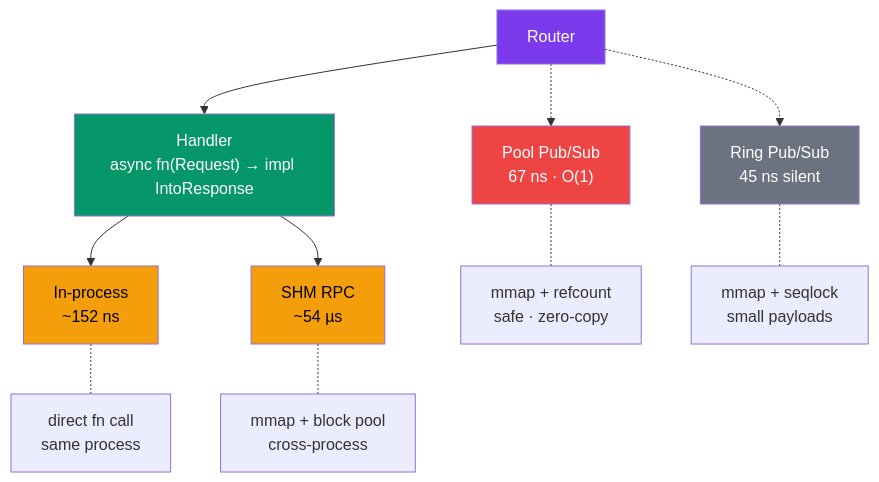
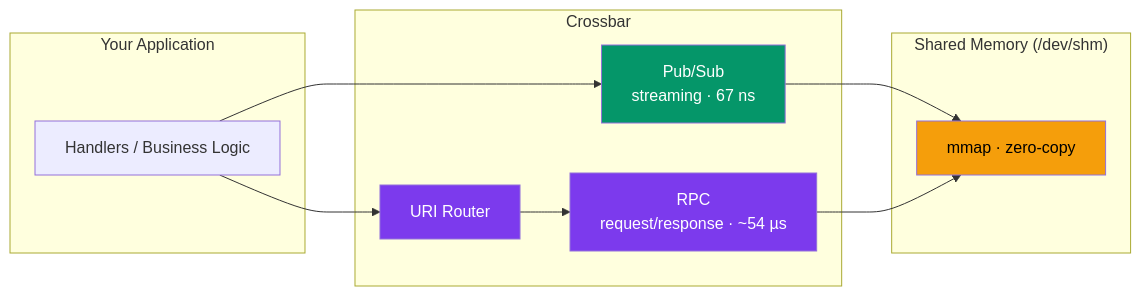
One commit to userFRM/crossbar changed the first of 3 diagrams in README.md. Above: the diagram before and after it, drawn with Mermaid. The commit also changed other lines of this file and 9 other files, not shown here.

````diff
--- a/README.md
+++ b/README.md
@@ -80,22 +15,27 @@
 ```mermaid
-graph TD
-    R["Router"] --> H["Handler<br>async fn(Request) → impl IntoResponse"]
+graph LR
+    subgraph "Your Application"
+        H["Handlers / Business Logic"]
+    end
 
-    H --> M["In-process<br>~152 ns"]
-    H --> SHM["SHM RPC<br>~54 µs"]
+    subgraph "Crossbar"
+        PS["Pub/Sub<br/>streaming · 67 ns"]
+        RPC["RPC<br/>request/response · ~54 µs"]
+        R["URI Router"]
+    end
 
-    R -.-> PP["Pool Pub/Sub<br>67 ns · O(1)"]
-    R -.-> PS["Ring Pub/Sub<br>45 ns silent"]
+    H --> PS
+    H --> R --> RPC
 
-    M -.- MP["direct fn call<br>same process"]
-    SHM -.- SP["mmap + block pool<br>cross-process"]
-    PP -.- PPP["mmap + refcount<br>safe · zero-copy"]
-    PS -.- PSP["mmap + seqlock<br>small payloads"]
+    subgraph "Shared Memory (/dev/shm)"
+        SHM["mmap · zero-copy"]
+    end
 
+    PS --> SHM
+    RPC --> SHM
+
+    style PS fill:#059669,color:#fff
+    style RPC fill:#7c3aed,color:#fff
     style R fill:#7c3aed,color:#fff
-    style H fill:#059669,color:#fff
-    style M fill:#f59e0b,color:#000
     style SHM fill:#f59e0b,color:#000
-    style PP fill:#ef4444,color:#fff
-    style PS fill:#6b7280,color:#fff
 ```
````
